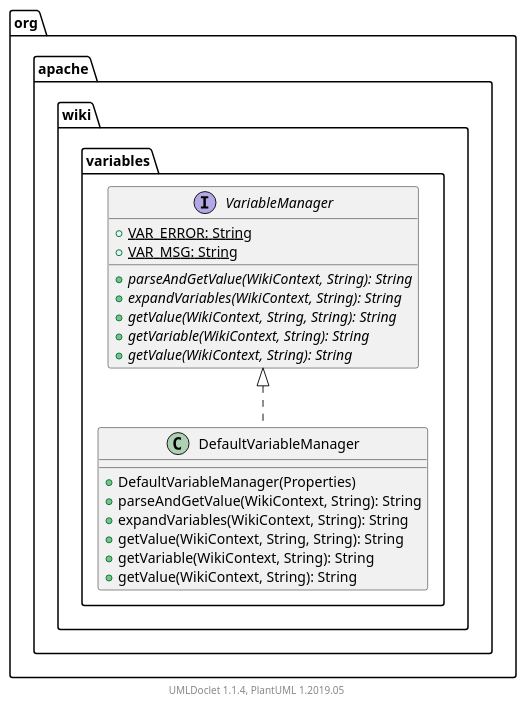
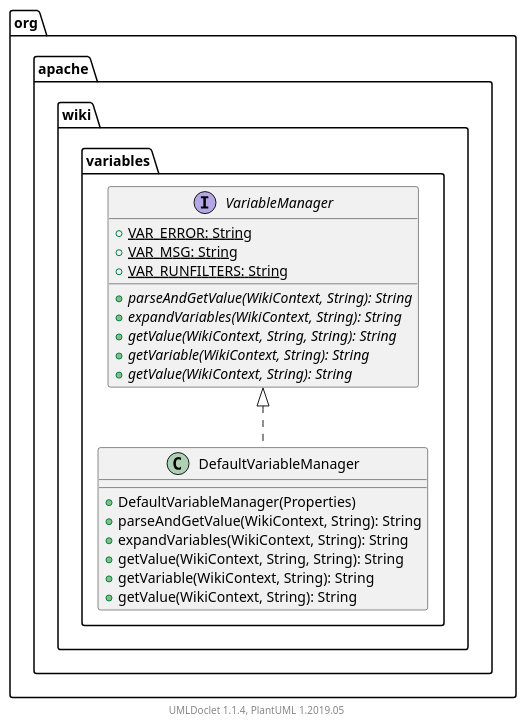
Before and after one commit to apache/jspwiki-site: the diagram in apidocs/2.11.0.M7-SNAPSHOT/org/apache/wiki/variables/package.puml, drawn with PlantUML. The commit also changed 1187 other files, not shown here.

```diff
--- a/apidocs/2.11.0.M7-SNAPSHOT/org/apache/wiki/variables/package.puml
+++ b/apidocs/2.11.0.M7-SNAPSHOT/org/apache/wiki/variables/package.puml
@@ -1,30 +1,31 @@
 @startuml
 
     namespace org.apache.wiki.variables {
 
         interface VariableManager [[VariableManager.html]] {
             {static} +VAR_ERROR: String
             {static} +VAR_MSG: String
+            {static} +VAR_RUNFILTERS: String
             {abstract} +parseAndGetValue(WikiContext, String): String
             {abstract} +expandVariables(WikiContext, String): String
             {abstract} +getValue(WikiContext, String, String): String
             {abstract} +getVariable(WikiContext, String): String
             {abstract} +getValue(WikiContext, String): String
         }
 
         class DefaultVariableManager [[DefaultVariableManager.html]] {
             +DefaultVariableManager(Properties)
             +parseAndGetValue(WikiContext, String): String
             +expandVariables(WikiContext, String): String
             +getValue(WikiContext, String, String): String
             +getVariable(WikiContext, String): String
             +getValue(WikiContext, String): String
         }
 
         VariableManager <|.. DefaultVariableManager
 
     }
 
 
     center footer UMLDoclet 1.1.4, PlantUML 1.2019.05
 @enduml
```
